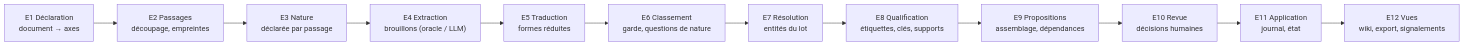
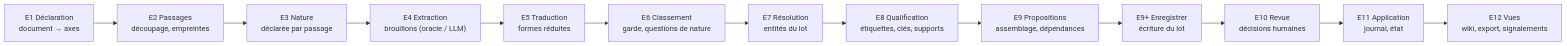
The first of 3 diagrams in docs/cadre-interface.md (ltimsit/WorldKit), drawn with Mermaid before and after one commit. The commit also changed other lines of this file and 3 other files, not shown here.

````diff
--- a/docs/cadre-interface.md
+++ b/docs/cadre-interface.md
@@ -70,14 +70,15 @@
 ```mermaid
 flowchart LR
   E1["E1 Déclaration<br/>document → axes"] --> E2["E2 Passages<br/>découpage, empreintes"]
   E2 --> E3["E3 Nature<br/>déclarée par passage"]
   E3 --> E4["E4 Extraction<br/>brouillons (oracle / LLM)"]
   E4 --> E5["E5 Traduction<br/>formes réduites"]
   E5 --> E6["E6 Classement<br/>garde, questions de nature"]
   E6 --> E7["E7 Résolution<br/>entités du lot"]
   E7 --> E8["E8 Qualification<br/>étiquettes, clés, supports"]
   E8 --> E9["E9 Propositions<br/>assemblage, dépendances"]
-  E9 --> E10["E10 Revue<br/>décisions humaines"]
+  E9 --> E9S["E9+ Enregistrer<br/>écriture du lot"]
+  E9S --> E10["E10 Revue<br/>décisions humaines"]
   E10 --> E11["E11 Application<br/>journal, état"]
   E11 --> E12["E12 Vues<br/>wiki, export, signalements"]
 ```
````
